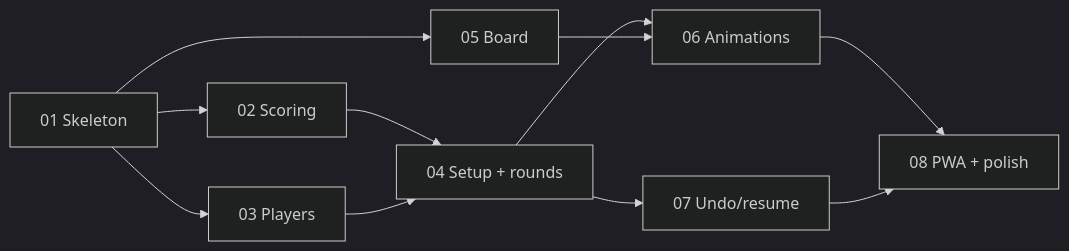
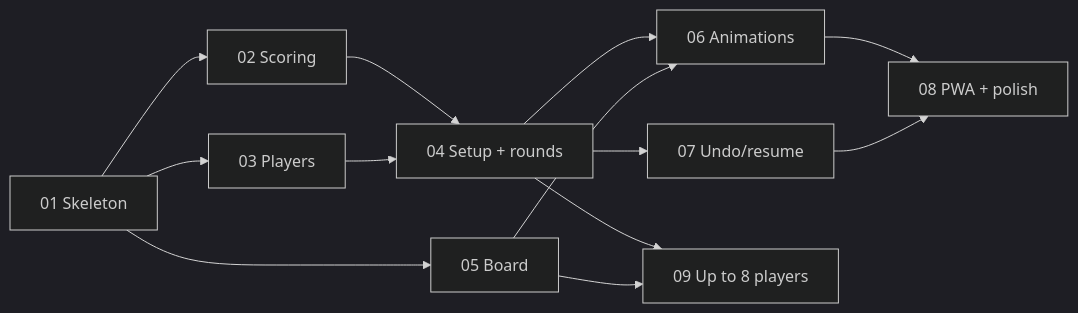
The diagram in docs/plan/00_overview.md (harrisbinkhurram/hopscore), drawn with Mermaid (dark theme) before and after one commit. The commit also changed other lines of this file and 27 other files, not shown here.

````diff
--- a/docs/plan/00_overview.md
+++ b/docs/plan/00_overview.md
@@ -25,13 +26,15 @@
 ```mermaid
 flowchart LR
     T01[01 Skeleton] --> T02[02 Scoring]
     T01 --> T03[03 Players]
     T01 --> T05[05 Board]
     T02 --> T04[04 Setup + rounds]
     T03 --> T04
     T04 --> T06[06 Animations]
     T05 --> T06
     T04 --> T07[07 Undo/resume]
     T06 --> T08[08 PWA + polish]
     T07 --> T08
+    T04 --> T09[09 Up to 8 players]
+    T05 --> T09
 ```
````
